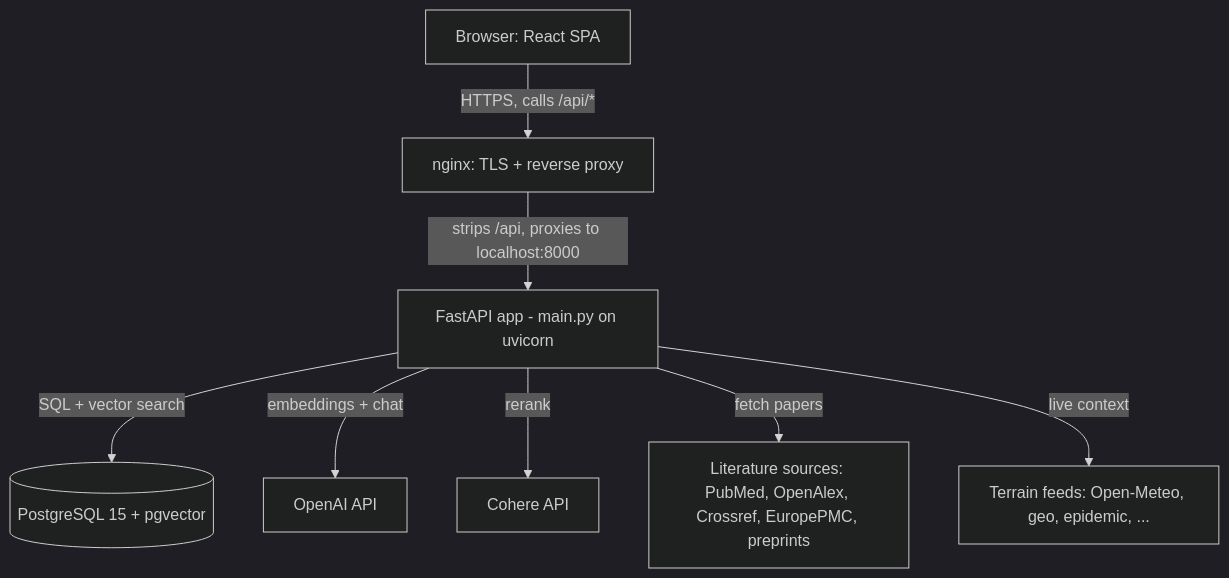
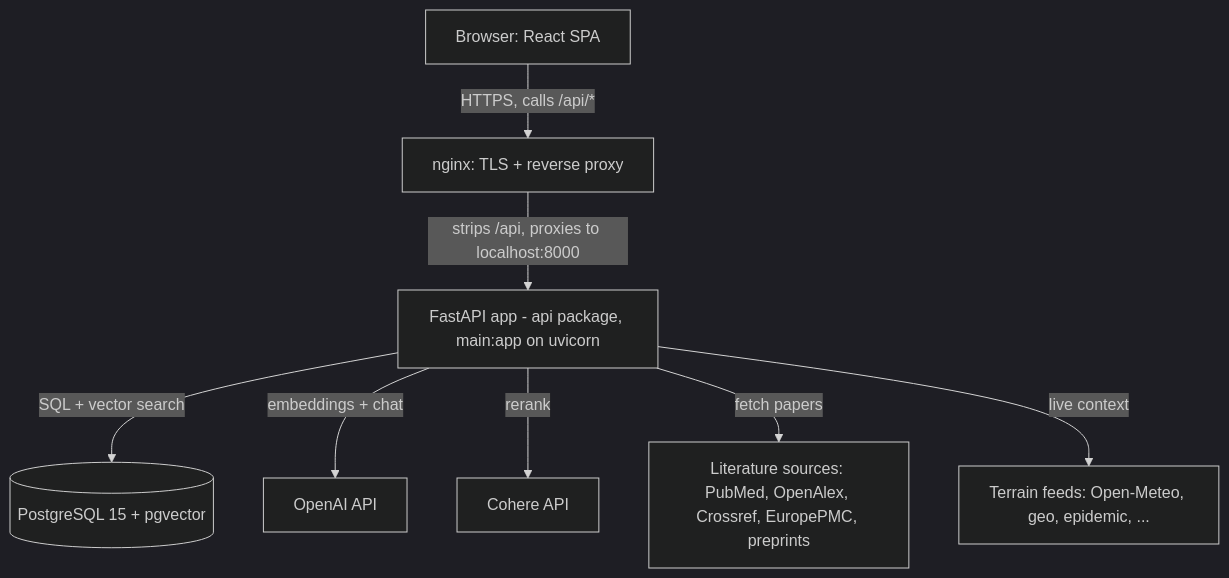
Before and after one commit to erol-orel/LiteRev-Evidence: the first of 8 diagrams in docs/ARCHITECTURE.md, drawn with Mermaid (dark theme). The commit also changed other lines of this file and 43 other files, not shown here.

````diff
--- a/docs/ARCHITECTURE.md
+++ b/docs/ARCHITECTURE.md
@@ -48,10 +48,10 @@
 ```mermaid
 graph TD
     U[Browser: React SPA] -->|HTTPS, calls /api/*| N[nginx: TLS + reverse proxy]
-    N -->|strips /api, proxies to localhost:8000| A[FastAPI app - main.py on uvicorn]
+    N -->|strips /api, proxies to localhost:8000| A[FastAPI app - api package, main:app on uvicorn]
     A -->|SQL + vector search| DB[(PostgreSQL 15 + pgvector)]
     A -->|embeddings + chat| OAI[OpenAI API]
     A -->|rerank| CO[Cohere API]
     A -->|fetch papers| LIT[Literature sources: PubMed, OpenAlex, Crossref, EuropePMC, preprints]
     A -->|live context| TER[Terrain feeds: Open-Meteo, geo, epidemic, ...]
 ```
````
